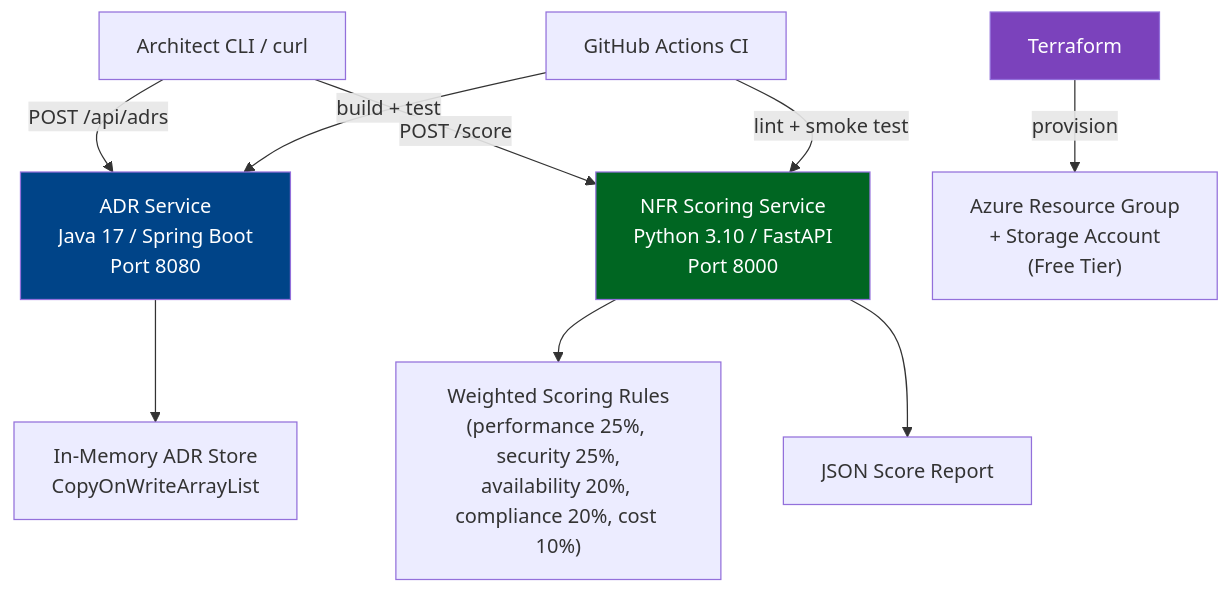
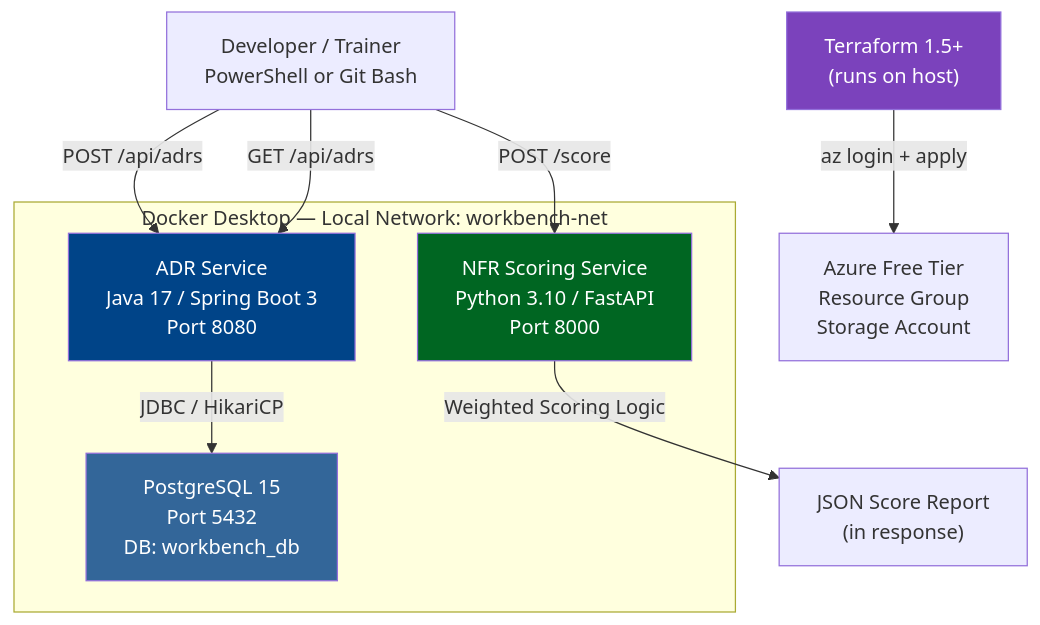
One commit to cgmafia/Architect_Competency_Development_Program changed the first of 2 diagrams in Material/Day1_Lab_v2.md. Above: the diagram before and after it, drawn with Mermaid. The commit also changed other lines of this file, not shown here.

````diff
--- a/Material/Day1_Lab_v2.md
+++ b/Material/Day1_Lab_v2.md
@@ -36,14 +39,22 @@
 ```mermaid
 graph TD
-    CLI["Architect CLI / curl"] -->|POST /api/adrs| ADRS["ADR Service\nJava 17 / Spring Boot\nPort 8080"]
-    CLI -->|POST /score| NFRS["NFR Scoring Service\nPython 3.10 / FastAPI\nPort 8000"]
-    ADRS --> IMEM["In-Memory ADR Store\nCopyOnWriteArrayList"]
-    NFRS --> RULES["Weighted Scoring Rules\n(performance 25%, security 25%,\navailability 20%, compliance 20%, cost 10%)"]
-    NFRS --> RPT["JSON Score Report"]
-    GHA["GitHub Actions CI"] -->|build + test| ADRS
-    GHA -->|lint + smoke test| NFRS
-    TF["Terraform"] -->|provision| AZ["Azure Resource Group\n+ Storage Account\n(Free Tier)"]
+    DEV["Developer / Trainer\nPowerShell or Git Bash"] -->|POST /api/adrs| ADRS
+    DEV -->|POST /score| NFRS
+    DEV -->|GET /api/adrs| ADRS
+
+    subgraph DOCKER ["Docker Desktop — Local Network: workbench-net"]
+        ADRS["ADR Service\nJava 17 / Spring Boot 3\nPort 8080"]
+        NFRS["NFR Scoring Service\nPython 3.10 / FastAPI\nPort 8000"]
+        PG["PostgreSQL 15\nPort 5432\nDB: workbench_db"]
+    end
+
+    ADRS -->|JDBC / HikariCP| PG
+    NFRS -->|Weighted Scoring Logic| RPT["JSON Score Report\n(in response)"]
+
+    TF["Terraform 1.5+\n(runs on host)"] -->|az login + apply| AZ["Azure Free Tier\nResource Group\nStorage Account"]
+
     style ADRS fill:#004488,color:#fff
     style NFRS fill:#006622,color:#fff
+    style PG fill:#336699,color:#fff
     style TF fill:#7b42bc,color:#fff
 ```
````
